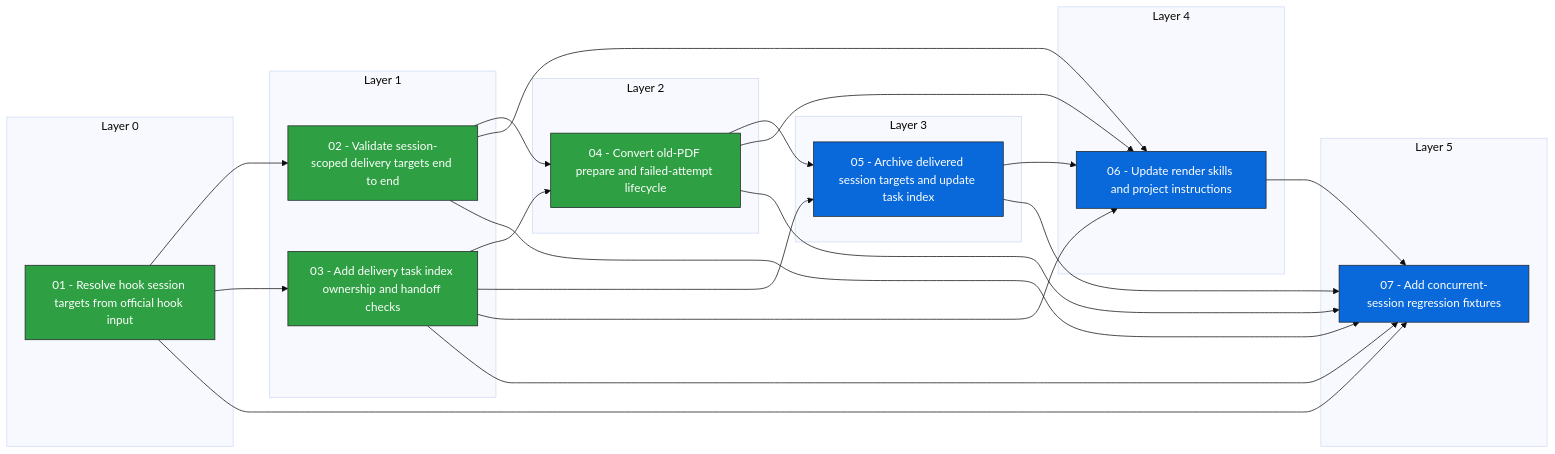
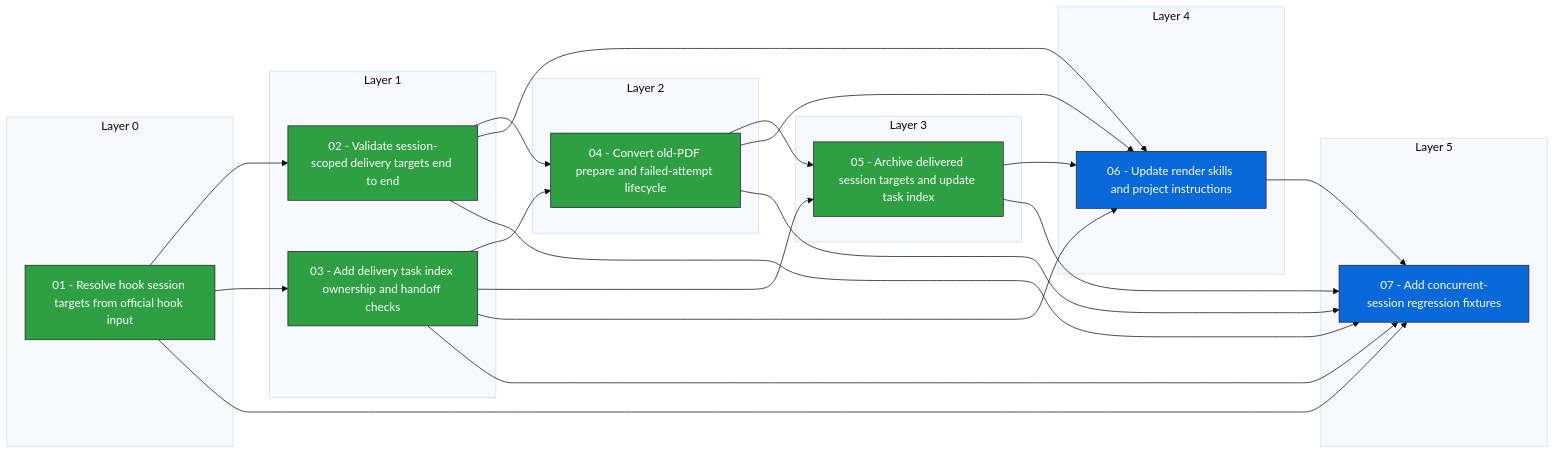
One commit to Nishijujuba/video2pdf changed the diagram in docs/issues/_views/session-scoped-final-delivery-guard-dependencies.md. Above: the diagram before and after it, drawn with Mermaid (base theme). The commit also changed other lines of this file and 10 other files, not shown here.

Commit message:
Archive delivered session targets

````diff
--- a/docs/issues/_views/session-scoped-final-delivery-guard-dependencies.md
+++ b/docs/issues/_views/session-scoped-final-delivery-guard-dependencies.md
@@ -25,54 +24,54 @@
 ```mermaid
 flowchart LR
   subgraph layer_0["Layer 0"]
     n_01_resolve_hook_session_targets_from_official_hook_input["01 - Resolve hook session targets from official hook input"]
   end
   subgraph layer_1["Layer 1"]
     n_02_validate_session_scoped_delivery_targets_end_to_end["02 - Validate session-scoped delivery targets end to end"]
     n_03_add_delivery_task_index_ownership_and_handoff_checks["03 - Add delivery task index ownership and handoff checks"]
   end
   subgraph layer_2["Layer 2"]
     n_04_convert_old_pdf_prepare_and_failed_attempt_lifecycle["04 - Convert old-PDF prepare and failed-attempt lifecycle"]
   end
   subgraph layer_3["Layer 3"]
     n_05_archive_delivered_session_targets_and_update_task_index["05 - Archive delivered session targets and update task index"]
   end
   subgraph layer_4["Layer 4"]
     n_06_update_render_skills_and_project_instructions["06 - Update render skills and project instructions"]
   end
   subgraph layer_5["Layer 5"]
     n_07_add_concurrent_session_regression_fixtures["07 - Add concurrent-session regression fixtures"]
   end
   n_01_resolve_hook_session_targets_from_official_hook_input --> n_02_validate_session_scoped_delivery_targets_end_to_end
   n_01_resolve_hook_session_targets_from_official_hook_input --> n_03_add_delivery_task_index_ownership_and_handoff_checks
   n_02_validate_session_scoped_delivery_targets_end_to_end --> n_04_convert_old_pdf_prepare_and_failed_attempt_lifecycle
   n_03_add_delivery_task_index_ownership_and_handoff_checks --> n_04_convert_old_pdf_prepare_and_failed_attempt_lifecycle
   n_03_add_delivery_task_index_ownership_and_handoff_checks --> n_05_archive_delivered_session_targets_and_update_task_index
   n_04_convert_old_pdf_prepare_and_failed_attempt_lifecycle --> n_05_archive_delivered_session_targets_and_update_task_index
   n_02_validate_session_scoped_delivery_targets_end_to_end --> n_06_update_render_skills_and_project_instructions
   n_03_add_delivery_task_index_ownership_and_handoff_checks --> n_06_update_render_skills_and_project_instructions
   n_04_convert_old_pdf_prepare_and_failed_attempt_lifecycle --> n_06_update_render_skills_and_project_instructions
   n_05_archive_delivered_session_targets_and_update_task_index --> n_06_update_render_skills_and_project_instructions
   n_01_resolve_hook_session_targets_from_official_hook_input --> n_07_add_concurrent_session_regression_fixtures
   n_02_validate_session_scoped_delivery_targets_end_to_end --> n_07_add_concurrent_session_regression_fixtures
   n_03_add_delivery_task_index_ownership_and_handoff_checks --> n_07_add_concurrent_session_regression_fixtures
   n_04_convert_old_pdf_prepare_and_failed_attempt_lifecycle --> n_07_add_concurrent_session_regression_fixtures
   n_05_archive_delivered_session_targets_and_update_task_index --> n_07_add_concurrent_session_regression_fixtures
   n_06_update_render_skills_and_project_instructions --> n_07_add_concurrent_session_regression_fixtures
   class n_01_resolve_hook_session_targets_from_official_hook_input done
   class n_02_validate_session_scoped_delivery_targets_end_to_end done
   class n_03_add_delivery_task_index_ownership_and_handoff_checks done
   class n_04_convert_old_pdf_prepare_and_failed_attempt_lifecycle done
-  class n_05_archive_delivered_session_targets_and_update_task_index ready_for_agent
+  class n_05_archive_delivered_session_targets_and_update_task_index done
   class n_06_update_render_skills_and_project_instructions ready_for_agent
   class n_07_add_concurrent_session_regression_fixtures ready_for_agent
   classDef done fill:#2ea043,stroke:#1f2328,color:#ffffff
   classDef ready_for_agent fill:#0969da,stroke:#1f2328,color:#ffffff
   classDef ready_for_human fill:#8250df,stroke:#1f2328,color:#ffffff
   classDef in_progress fill:#d4a72c,stroke:#1f2328,color:#ffffff
   classDef blocked fill:#cf222e,stroke:#1f2328,color:#ffffff
   classDef in_review fill:#bc4c00,stroke:#1f2328,color:#ffffff
   classDef needs_info fill:#8c959f,stroke:#1f2328,color:#ffffff
   classDef needs_triage fill:#d0d7de,stroke:#1f2328,color:#ffffff
   classDef wontfix fill:#57606a,stroke:#1f2328,color:#ffffff
 ```
````
